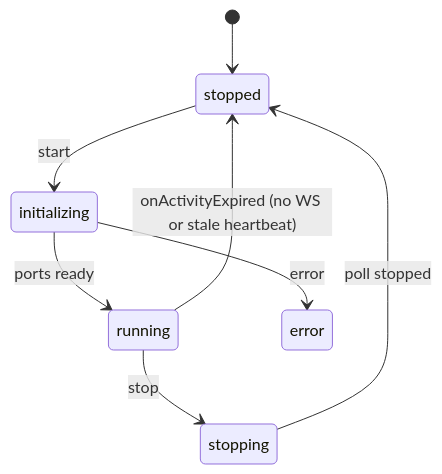
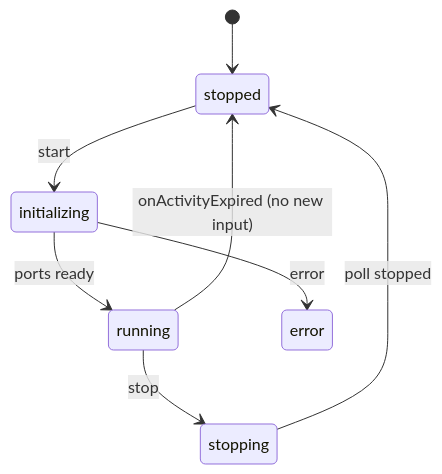
Before and after one commit to nikolanovoselec/codeflare: the seventh of 14 diagrams in TECHNICAL.md, drawn with Mermaid. The commit also changed other lines of this file and 5 other files, not shown here.

````diff
--- a/TECHNICAL.md
+++ b/TECHNICAL.md
@@ -399,10 +392,10 @@
 ```mermaid
 stateDiagram-v2
     [*] --> stopped
     stopped --> initializing : start
     initializing --> running : ports ready
     initializing --> error : error
     running --> stopping : stop
     stopping --> stopped : poll stopped
-    running --> stopped : onActivityExpired (no WS or stale heartbeat)
+    running --> stopped : onActivityExpired (no new input)
 ```
````
